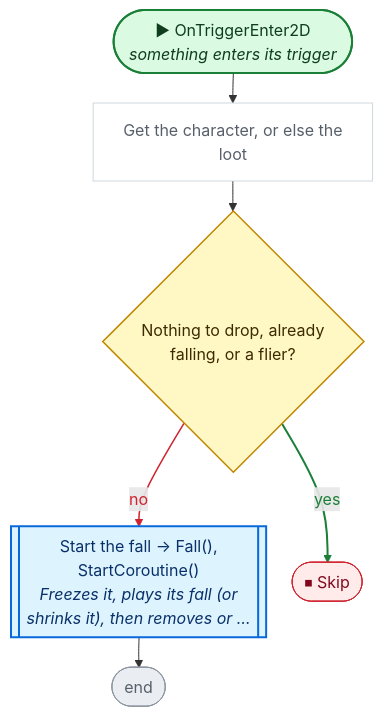
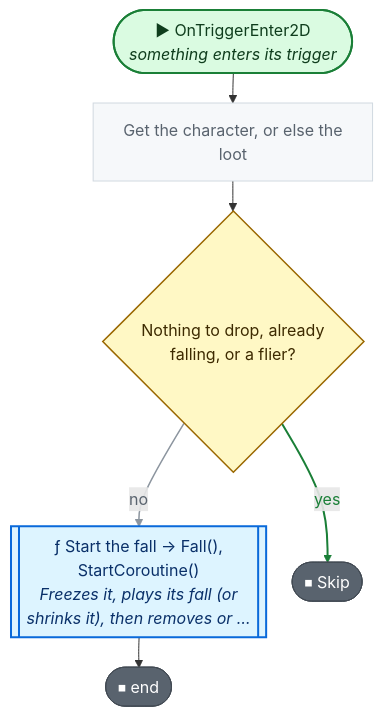
Before and after one commit to nataiai/Lord-of-the-Dungeon: the second of 3 diagrams in CodeGraph~/graph/Map/Hole.cs.md, drawn with Mermaid. The commit also changed other lines of this file and 57 other files, not shown here.

````diff
--- a/CodeGraph~/graph/Map/Hole.cs.md
+++ b/CodeGraph~/graph/Map/Hole.cs.md
@@ -44,43 +46,43 @@
 ```mermaid
 ---
 config:
   flowchart:
     wrappingWidth: 260
     nodeSpacing: 26
     rankSpacing: 30
 ---
 flowchart TD
   nS(["▶ OnTriggerEnter2D<br><i>something enters its trigger</i>"])
   nf75948["Get the character, or else the<br>loot"]
   n2d4641{"Nothing to drop, already<br>falling, or a flier?"}
-  nbbfd1f[["Start the fall → Fall(),<br>StartCoroutine()<br><i>Freezes it, plays its fall (or</i><br><i>shrinks it), then removes or …</i>"]]
-  nE(["end"])
+  nbbfd1f[["ƒ Start the fall → Fall(),<br>StartCoroutine()<br><i>Freezes it, plays its fall (or</i><br><i>shrinks it), then removes or …</i>"]]
+  nE(["⏹ end"])
   nb2e4fc(["⏹ Skip"])
   nS --> nf75948
   nf75948 --> n2d4641
   n2d4641 -->|no| nbbfd1f
   n2d4641 -->|yes| nb2e4fc
   nbbfd1f --> nE
-  linkStyle 2 stroke:#cf222e,stroke-width:1.5px,color:#cf222e
+  linkStyle 2 stroke:#8c959f,stroke-width:1.5px,color:#59636e
   linkStyle 3 stroke:#1a7f37,stroke-width:2px,color:#1a7f37
   classDef unity fill:#dafbe1,stroke:#1a7f37,stroke-width:2px,color:#0f3d1d
   classDef start fill:#dafbe1,stroke:#1a7f37,stroke-width:2px,color:#0f3d1d
-  classDef calc fill:#ffffff,stroke:#d0d7de,color:#57606a
+  classDef calc fill:#f6f8fa,stroke:#d1d9e0,color:#59636e
   classDef calls fill:#ddf4ff,stroke:#0969da,stroke-width:2px,color:#0a3069
-  classDef ext fill:#ddf4ff,stroke:#0969da,stroke-width:2px,stroke-dasharray:5 3,color:#0a3069
-  classDef cond fill:#fff8c5,stroke:#bf8700,stroke-width:1.5px,color:#3d2a00
-  classDef loop fill:#f6f8fa,stroke:#57606a,color:#1f2328
-  classDef exit fill:#ffebe9,stroke:#cf222e,color:#82071e
+  classDef ext fill:#f6f8fa,stroke:#59636e,stroke-width:1.5px,stroke-dasharray:5 5,color:#1f2328
+  classDef cond fill:#fff8c5,stroke:#9a6700,stroke-width:1.5px,color:#3d2a00
+  classDef loop fill:#fff8c5,stroke:#9a6700,color:#3d2a00
+  classDef wait fill:#fff8c5,stroke:#9a6700,color:#3d2a00
+  classDef exit fill:#59636e,stroke:#424a53,color:#ffffff
+  classDef fin fill:#59636e,stroke:#424a53,color:#ffffff
+  classDef act fill:#ffffff,stroke:#59636e,stroke-width:1.5px,color:#1f2328
   classDef kill fill:#ffebe9,stroke:#cf222e,stroke-width:2px,color:#82071e
-  classDef spawn fill:#dafbe1,stroke:#1a7f37,stroke-width:2px,color:#0f3d1d
-  classDef wait fill:#fff1e5,stroke:#bc4c00,color:#4d1d00
-  classDef fin fill:#eaeef2,stroke:#8c959f,color:#57606a
   classDef join fill:#d0d7de,stroke:#8c959f,color:#57606a
   classDef ghdr fill:#f5f9ff,stroke:#f5f9ff,color:#0a3069,font-weight:bold
   class nf75948 calc
   class nbbfd1f calls
   class n2d4641 cond
   class nb2e4fc exit
   class nE fin
   class nS unity
 ```
````
